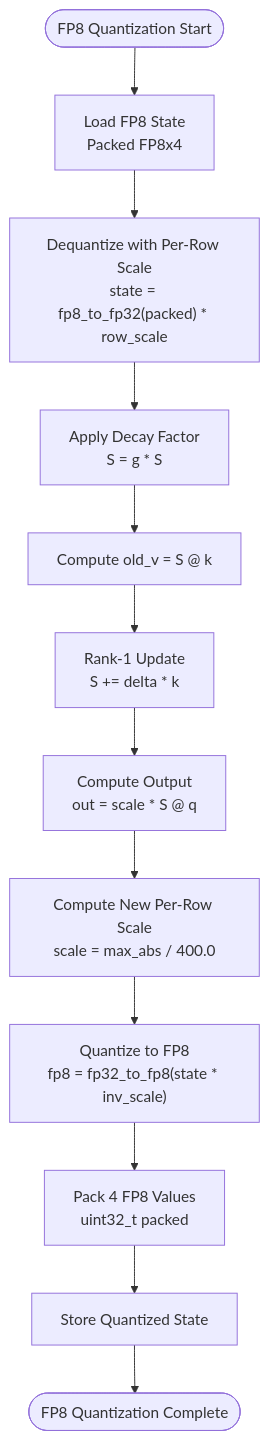
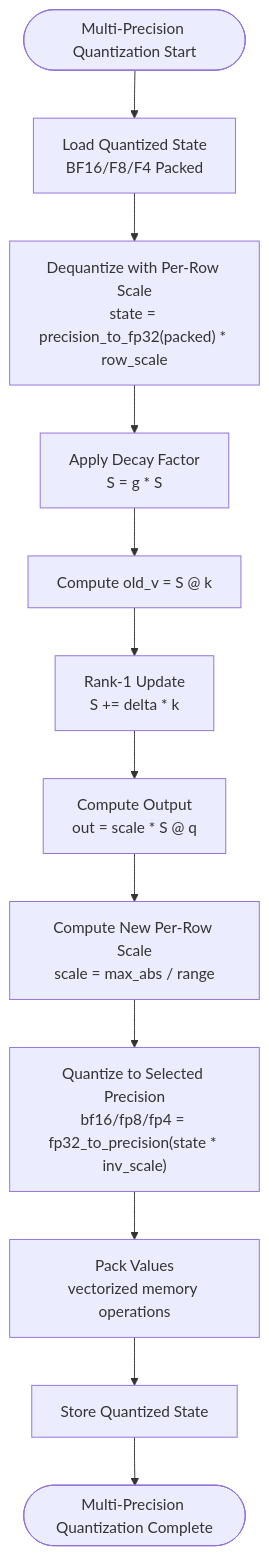
Before and after one commit to gugudeshubao/flashinfer-bench-tma-thrust: the fourth of 7 diagrams in .qoder/repowiki/en/content/Optimization Strategies/Optimization Tracking Log.md, drawn with Mermaid. The commit also changed other lines of this file and 4 other files, not shown here.

````diff
--- a/.qoder/repowiki/en/content/Optimization Strategies/Optimization Tracking Log.md
+++ b/.qoder/repowiki/en/content/Optimization Strategies/Optimization Tracking Log.md
@@ -258,14 +260,14 @@
 ```mermaid
 flowchart TD
-Start([FP8 Quantization Start]) --> LoadState["Load FP8 State<br/>Packed FP8x4"]
-LoadState --> Dequantize["Dequantize with Per-Row Scale<br/>state = fp8_to_fp32(packed) * row_scale"]
+Start([Multi-Precision Quantization Start]) --> LoadState["Load Quantized State<br/>BF16/F8/F4 Packed"]
+LoadState --> Dequantize["Dequantize with Per-Row Scale<br/>state = precision_to_fp32(packed) * row_scale"]
 Dequantize --> ApplyDecay["Apply Decay Factor<br/>S = g * S"]
 ApplyDecay --> ComputeOldV["Compute old_v = S @ k"]
 ComputeOldV --> Rank1Update["Rank-1 Update<br/>S += delta * k"]
 Rank1Update --> ComputeOutput["Compute Output<br/>out = scale * S @ q"]
-ComputeOutput --> ComputeScale["Compute New Per-Row Scale<br/>scale = max_abs / 400.0"]
-ComputeScale --> Quantize["Quantize to FP8<br/>fp8 = fp32_to_fp8(state * inv_scale)"]
-Quantize --> Pack["Pack 4 FP8 Values<br/>uint32_t packed"]
+ComputeOutput --> ComputeScale["Compute New Per-Row Scale<br/>scale = max_abs / range"]
+ComputeScale --> Quantize["Quantize to Selected Precision<br/>bf16/fp8/fp4 = fp32_to_precision(state * inv_scale)"]
+Quantize --> Pack["Pack Values<br/>vectorized memory operations"]
 Pack --> Store["Store Quantized State"]
-Store --> End([FP8 Quantization Complete])
+Store --> End([Multi-Precision Quantization Complete])
 ```
````
